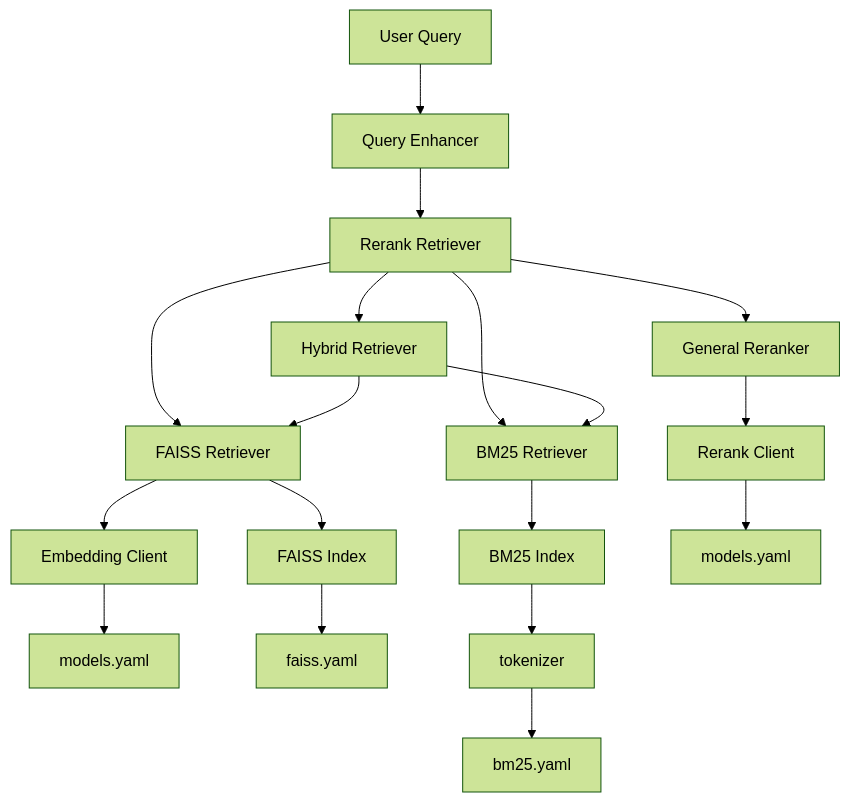
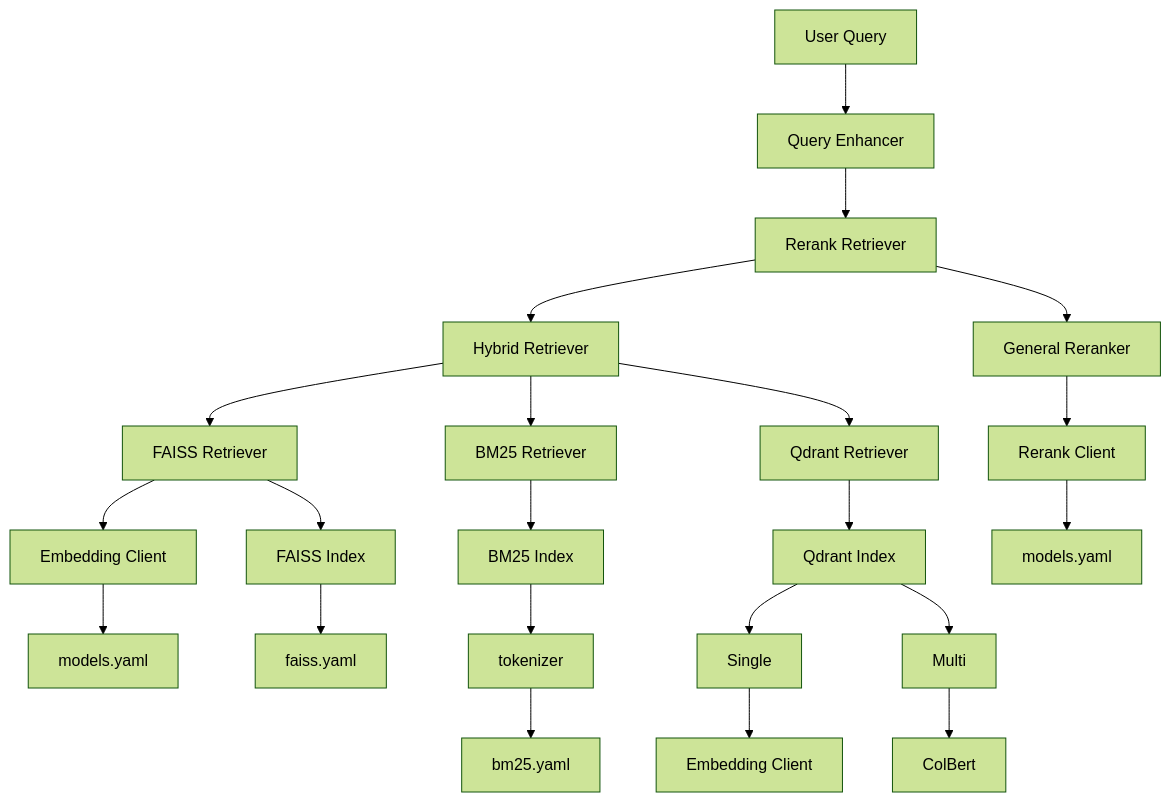
Before and after one commit to FubonDS/Tiny-RAGFlow: the diagram in README.md, drawn with Mermaid (forest theme). The commit also changed other lines of this file, not shown here.

Commit message:
feat: add Qdrant support in README and related scripts

````diff
--- a/README.md
+++ b/README.md
@@ -5,36 +5,44 @@
 ```mermaid
 flowchart TD
 
     %% Query Entry
     Q[User Query] --> QE[Query Enhancer]
 
     %% Enhancer uses LLM Client
 
     %% Enhanced queries go into Rerank Retriever first
     QE --> RR[Rerank Retriever]
 
     %% Rerank Retriever delegates to Hybrid Retriever
     RR --> RH[Hybrid Retriever]
-    RR --> R1[FAISS Retriever]
-    RR --> R2[BM25 Retriever]
+
 
     %% Hybrid retrieves from FAISS & BM25
     RH --> R1[FAISS Retriever]
     RH --> R2[BM25 Retriever]
+    RH --> R3[Qdrant Retriever]
+
+    R3 --> EVD[Qdrant Index]
+
+    EVD --> ABT[Single]
+    EVD --> ABA[Multi]
+
+    ABT --> SKG[Embedding Client]
+    ABA --> GEA[ColBert]
 
     %% FAISS Retriever uses embedding + FAISS Index
     R1 --> EMB[Embedding Client]
     R1 --> FIndex[FAISS Index]
     EMB --> CFG4[models.yaml]
     FIndex --> CFG1[faiss.yaml]
 
     %% BM25 Retriever uses BM25 Index
     R2 --> BIndex[BM25 Index]
     BIndex --> CFG5[tokenizer]
     CFG5 --> CFG2[bm25.yaml]
 
     %% Reranker uses Reranking Client
     RR --> RK[General Reranker]
     RK --> RC[Rerank Client]
     RC --> CFG3[models.yaml]
 ```
````
